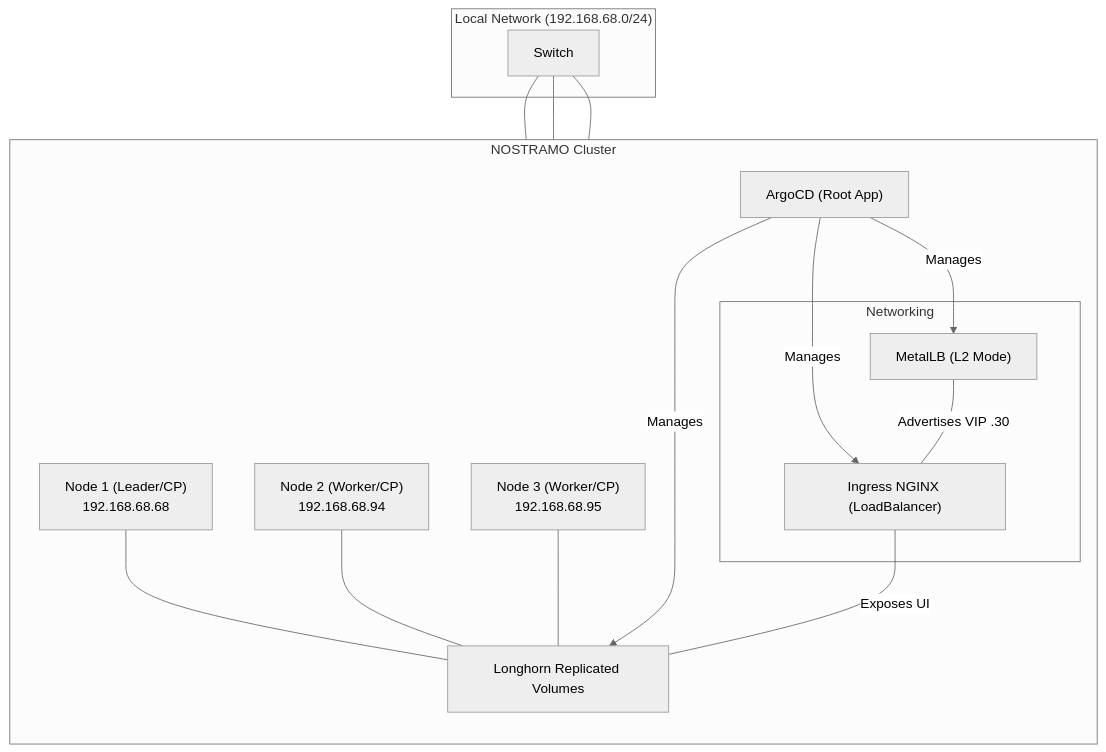
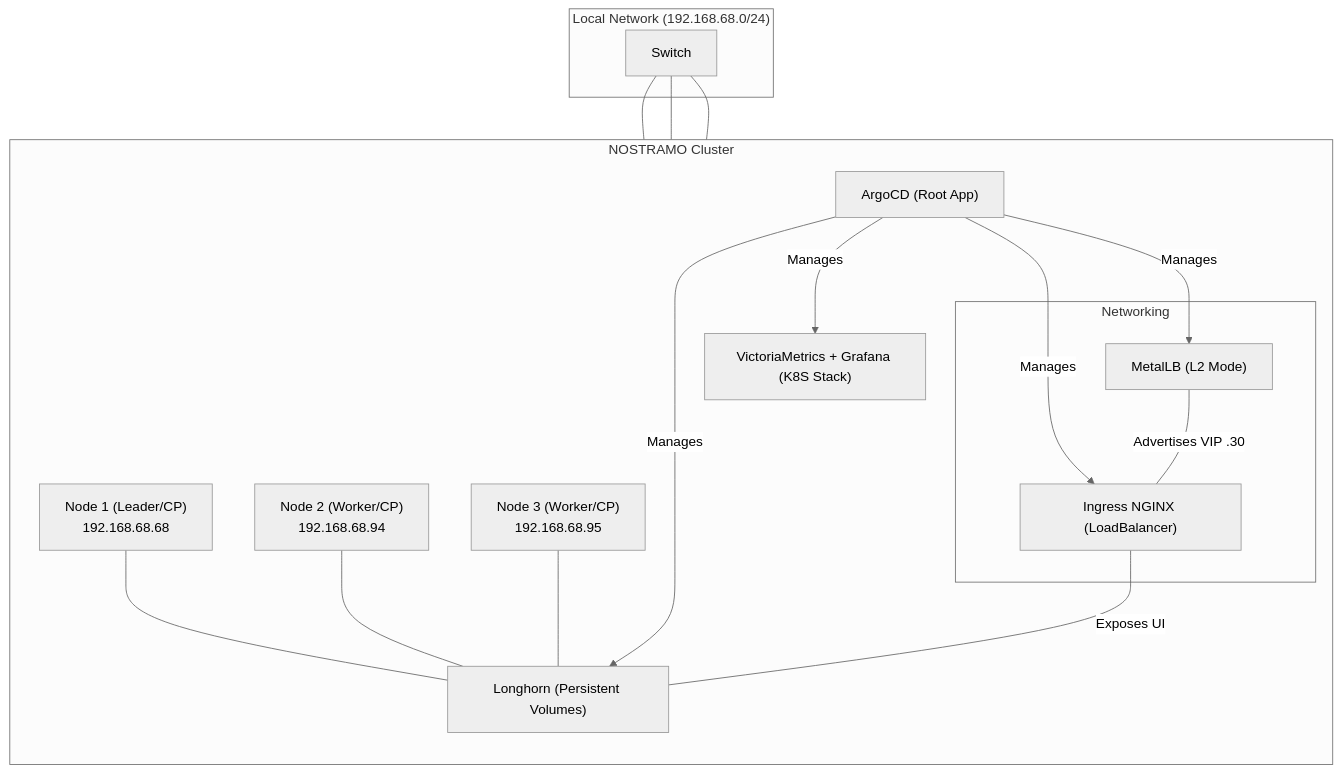
Before and after one commit to Kyleg142/nostramo-lab: the diagram in README.md, drawn with Mermaid (neutral theme). The commit also changed other lines of this file, not shown here.

````diff
--- a/README.md
+++ b/README.md
@@ -4,35 +4,38 @@
 ```mermaid
 graph TD
     subgraph LAN ["Local Network (192.168.68.0/24)"]
         Switch["Switch"]
     end
 
     subgraph Cluster ["NOSTRAMO Cluster"]
         direction TB
         Node1["Node 1 (Leader/CP) <br/> 192.168.68.68"]
         Node2["Node 2 (Worker/CP) <br/> 192.168.68.94"]
         Node3["Node 3 (Worker/CP) <br/> 192.168.68.95"]
         
         Argo["ArgoCD (Root App)"]
         
-        Longhorn["Longhorn Replicated Volumes"]
+        Longhorn["Longhorn (Persistent Volumes)"]
+
+        VM["VictoriaMetrics + Grafana (K8S Stack)"]
         
         subgraph Networking ["Networking"]
             MetalLB["MetalLB (L2 Mode)"]
             Nginx["Ingress NGINX (LoadBalancer)"]
         end
     end
 
     %% Connections
     Switch --- Node1
     Switch --- Node2
     Switch --- Node3
     
     Node1 & Node2 & Node3 --- Longhorn
     Argo -->|Manages| MetalLB
     Argo -->|Manages| Nginx
     Argo -->|Manages| Longhorn
+    Argo -->|Manages| VM
     
     MetalLB ---|Advertises VIP .30| Nginx
     Nginx ---|Exposes UI| Longhorn
 ```
````
